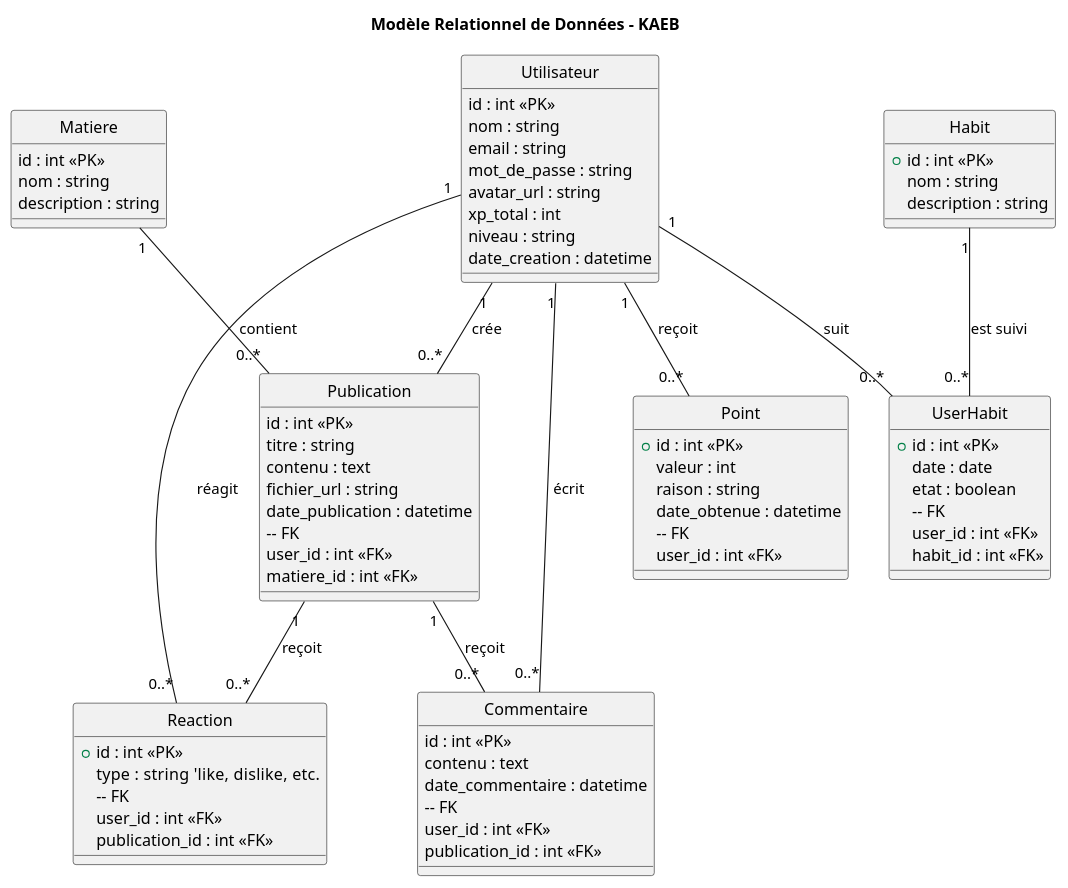
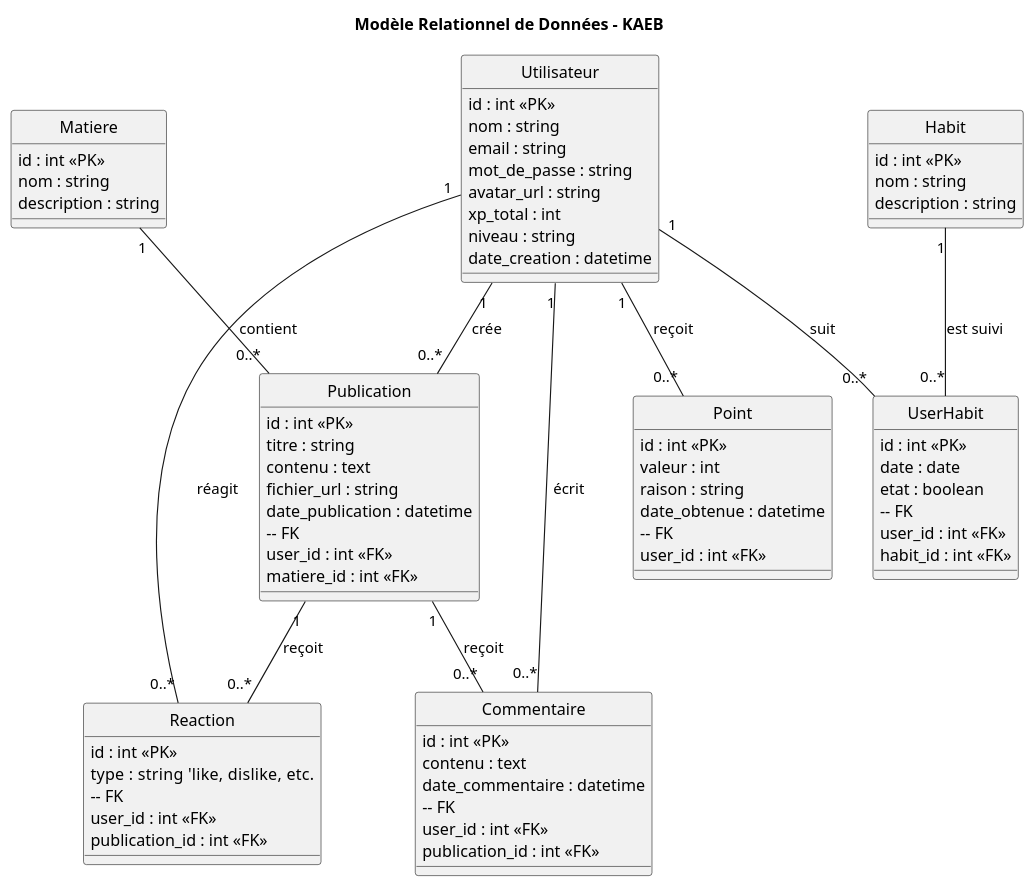
Before and after one commit to DerekOria/Final-ProjetSession: the diagram in doc/suivi_01/MRD/mrd.puml, drawn with PlantUML. The commit also changed 26 other files, not shown here.

```diff
--- a/doc/suivi_01/MRD/mrd.puml
+++ b/doc/suivi_01/MRD/mrd.puml
@@ -1,89 +1,89 @@
 @startuml
 
 title Modèle Relationnel de Données - KAEB
 
 hide circle
 
 class "Utilisateur" as U {
     id : int <<PK>>
     nom : string
     email : string
     mot_de_passe : string
     avatar_url : string
     xp_total : int
     niveau : string
     date_creation : datetime
 }
 
 class "Matiere" as M {
     id : int <<PK>>
     nom : string
     description : string
 }
 
 class "Publication" as P {
     id : int <<PK>>
     titre : string
     contenu : text
     fichier_url : string
     date_publication : datetime
     -- FK
     user_id : int <<FK>>
     matiere_id : int <<FK>>
 }
 
 class "Commentaire" as C {
     id : int <<PK>>
     contenu : text
     date_commentaire : datetime
     -- FK
     user_id : int <<FK>>
     publication_id : int <<FK>>
 }
 
 class "Reaction" as R {
-    +id : int <<PK>>
+    id : int <<PK>>
     type : string   'like, dislike, etc.
     -- FK
     user_id : int <<FK>>
     publication_id : int <<FK>>
 }
 
 class "Habit" as H {
-    +id : int <<PK>>
+    id : int <<PK>>
     nom : string
     description : string
 }
 
 class "UserHabit" as UH {
-    +id : int <<PK>>
+    id : int <<PK>>
     date : date
     etat : boolean
     -- FK
     user_id : int <<FK>>
     habit_id : int <<FK>>
 }
 
 class "Point" as PT {
-    +id : int <<PK>>
+    id : int <<PK>>
     valeur : int
     raison : string
     date_obtenue : datetime
     -- FK
     user_id : int <<FK>>
 }
 
 U "1" -- "0..*" P : crée
 U "1" -- "0..*" C : écrit
 U "1" -- "0..*" R : réagit
 U "1" -- "0..*" UH : suit
 U "1" -- "0..*" PT : reçoit
 
 M "1" -- "0..*" P : contient
 
 P "1" -- "0..*" C : reçoit
 P "1" -- "0..*" R : reçoit
 
 H "1" -- "0..*" UH : est suivi
 
 @enduml
```
